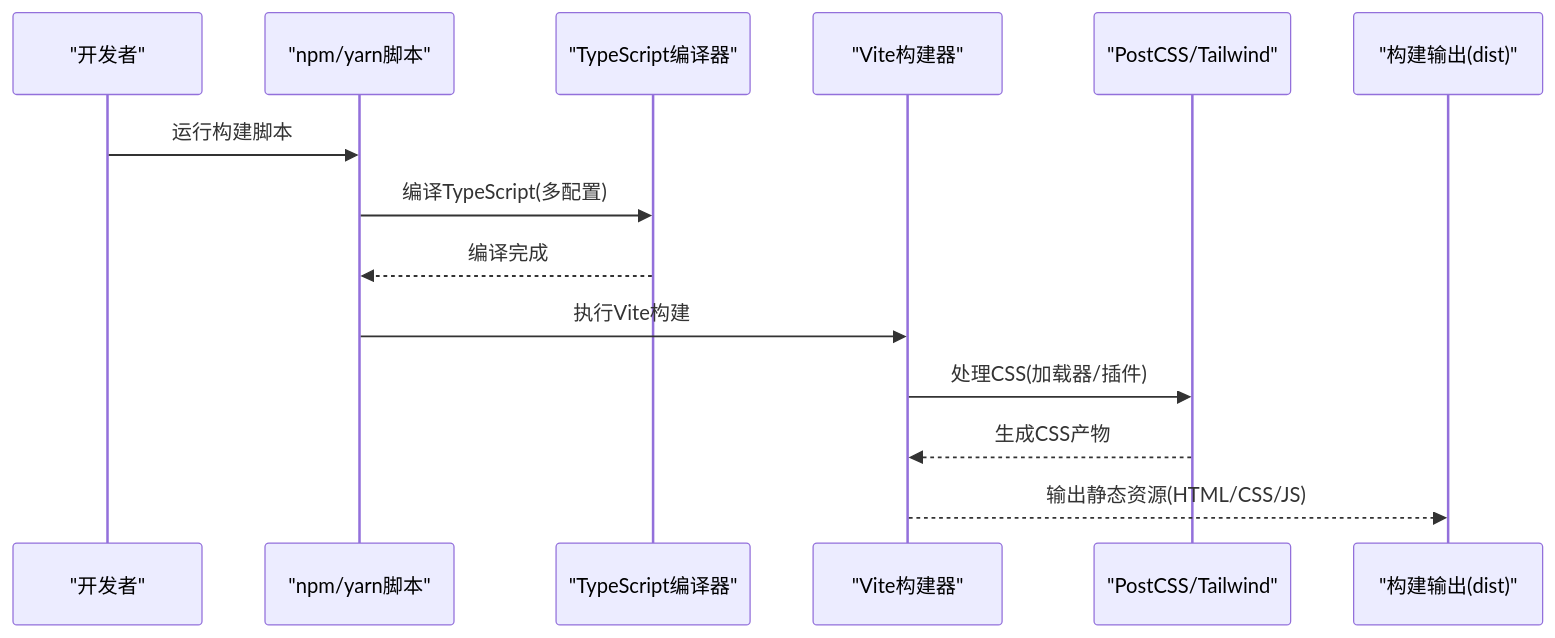
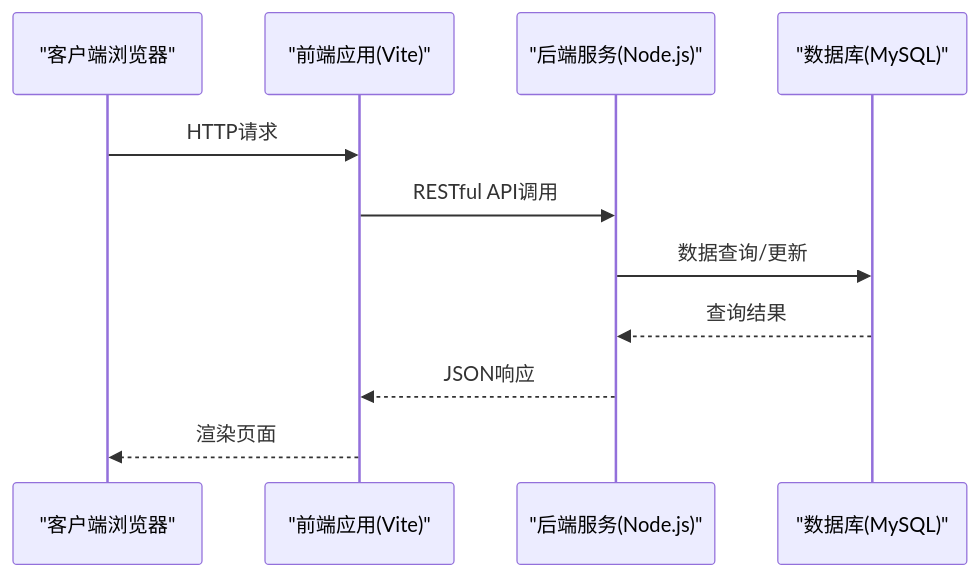
One commit to xianjianshenqu/SalesFlow-CRM changed the second of 6 diagrams in .qoder/repowiki/zh/content/部署指南.md. Above: the diagram before and after it, drawn with Mermaid. The commit also changed other lines of this file and 17 other files, not shown here.

````diff
--- a/.qoder/repowiki/zh/content/部署指南.md
+++ b/.qoder/repowiki/zh/content/部署指南.md
@@ -102,16 +128,13 @@
 ```mermaid
 sequenceDiagram
-participant Dev as "开发者"
-participant NPM as "npm/yarn脚本"
-participant TS as "TypeScript编译器"
-participant Vite as "Vite构建器"
-participant PostCSS as "PostCSS/Tailwind"
-participant Out as "构建输出(dist)"
-Dev->>NPM : 运行构建脚本
-NPM->>TS : 编译TypeScript(多配置)
-TS-->>NPM : 编译完成
-NPM->>Vite : 执行Vite构建
-Vite->>PostCSS : 处理CSS(加载器/插件)
-PostCSS-->>Vite : 生成CSS产物
-Vite-->>Out : 输出静态资源(HTML/CSS/JS)
+participant Client as "客户端浏览器"
+participant Frontend as "前端应用(Vite)"
+participant Backend as "后端服务(Node.js)"
+participant Database as "数据库(MySQL)"
+Client->>Frontend : HTTP请求
+Frontend->>Backend : RESTful API调用
+Backend->>Database : 数据查询/更新
+Database-->>Backend : 查询结果
+Backend-->>Frontend : JSON响应
+Frontend-->>Client : 渲染页面
 ```
````
